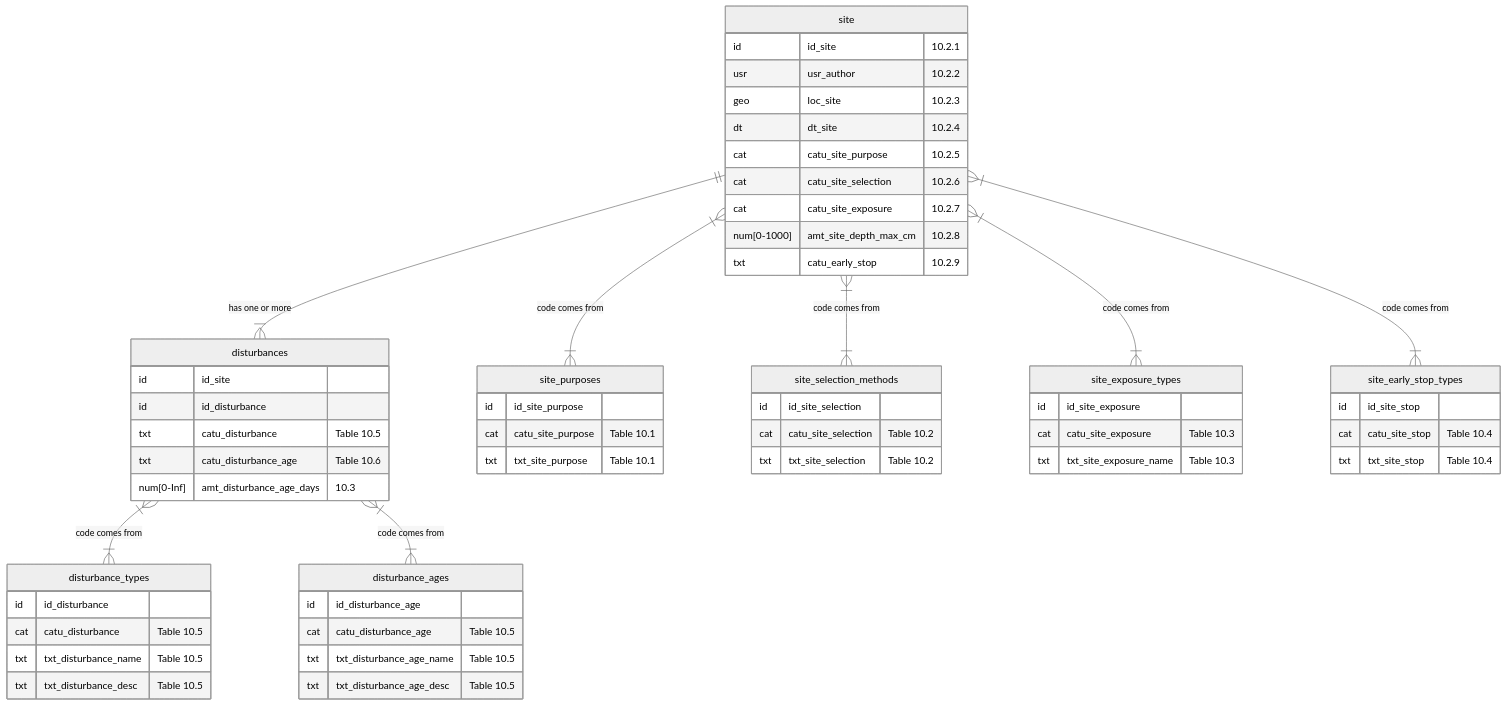
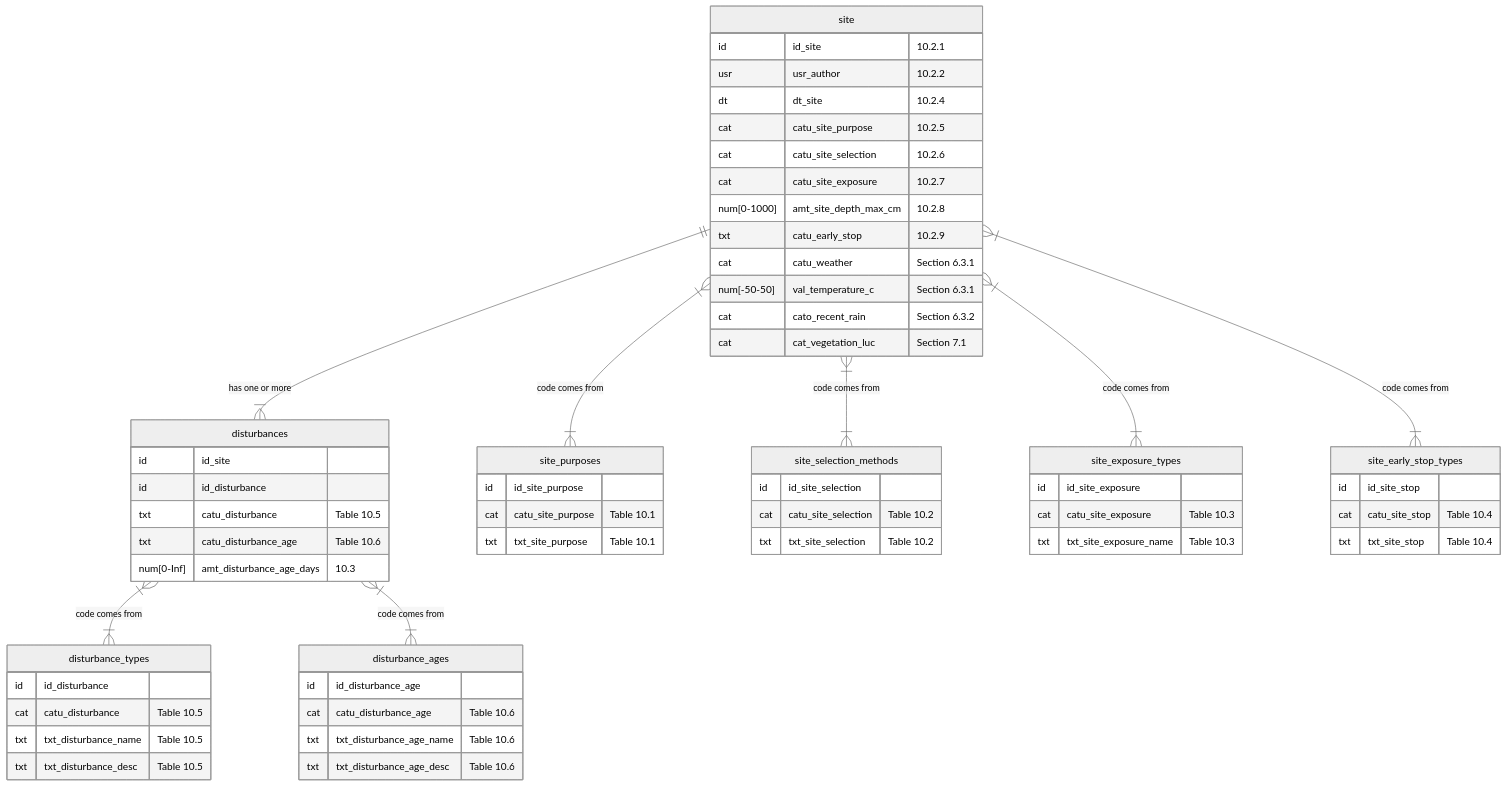
The sixth of 18 diagrams in ap_03_database_design.qmd (manaakiwhenua/NZ_soildesc_2024), drawn with Mermaid (neutral theme) before and after one commit. The commit also changed other lines of this file, not shown here.

````diff
--- a/ap_03_database_design.qmd
+++ b/ap_03_database_design.qmd
@@ -188,71 +261,78 @@
 ```{mermaid}
 %%| fig-cap: "Profile - Details"
 
+%%{ init: { 'er': { 'layoutDirection': 'LR' } } }%%
 erDiagram
   site ||--|{ disturbances : "has one or more"
   disturbances }|--|{ disturbance_types : "code comes from"
   disturbances }|--|{ disturbance_ages : "code comes from"
   site }|--|{ site_purposes : "code comes from"
   site }|--|{ site_selection_methods : "code comes from"
   site }|--|{ site_exposure_types : "code comes from"
   site }|--|{ site_early_stop_types : "code comes from"
 
   site {
     id          id_site                  "10.2.1"
     usr         usr_author               "10.2.2"
-    geo         loc_site                 "10.2.3"
     dt          dt_site                  "10.2.4"
     cat         catu_site_purpose        "10.2.5"
     cat         catu_site_selection      "10.2.6"
     cat         catu_site_exposure       "10.2.7"
     num[0-1000] amt_site_depth_max_cm    "10.2.8"
     txt         catu_early_stop          "10.2.9"
+    %% weather at visit %%
+    cat         catu_weather             "Section 6.3.1"
+    num[-50-50] val_temperature_c        "Section 6.3.1"
+    cat         cato_recent_rain         "Section 6.3.2"
+    %% veg %%
+    cat        cat_vegetation_luc        "Section 7.1"
+    
   }
   
   site_purposes {
     id          id_site_purpose
     cat         catu_site_purpose        "Table 10.1"
     txt         txt_site_purpose         "Table 10.1"
   }
   
   site_selection_methods {
     id          id_site_selection
     cat         catu_site_selection      "Table 10.2"
     txt         txt_site_selection       "Table 10.2"
   }
   
   site_exposure_types {
     id          id_site_exposure
     cat         catu_site_exposure       "Table 10.3"
     txt         txt_site_exposure_name   "Table 10.3"
   }
   
   site_early_stop_types {
     id          id_site_stop
     cat         catu_site_stop           "Table 10.4"
     txt         txt_site_stop            "Table 10.4"
 }
   
   disturbances {
     id          id_site
     id          id_disturbance
     txt         catu_disturbance         "Table 10.5"
     txt         catu_disturbance_age     "Table 10.6"
     num[0-Inf]  amt_disturbance_age_days "10.3"
   }
 
   disturbance_types {
     id          id_disturbance
     cat         catu_disturbance         "Table 10.5"
     txt         txt_disturbance_name     "Table 10.5"
     txt         txt_disturbance_desc     "Table 10.5"
   }
   
   disturbance_ages {
     id          id_disturbance_age
-    cat         catu_disturbance_age     "Table 10.5"
-    txt         txt_disturbance_age_name "Table 10.5"
-    txt         txt_disturbance_age_desc "Table 10.5"
+    cat         catu_disturbance_age     "Table 10.6"
+    txt         txt_disturbance_age_name "Table 10.6"
+    txt         txt_disturbance_age_desc "Table 10.6"
   }
   
 ```
````
